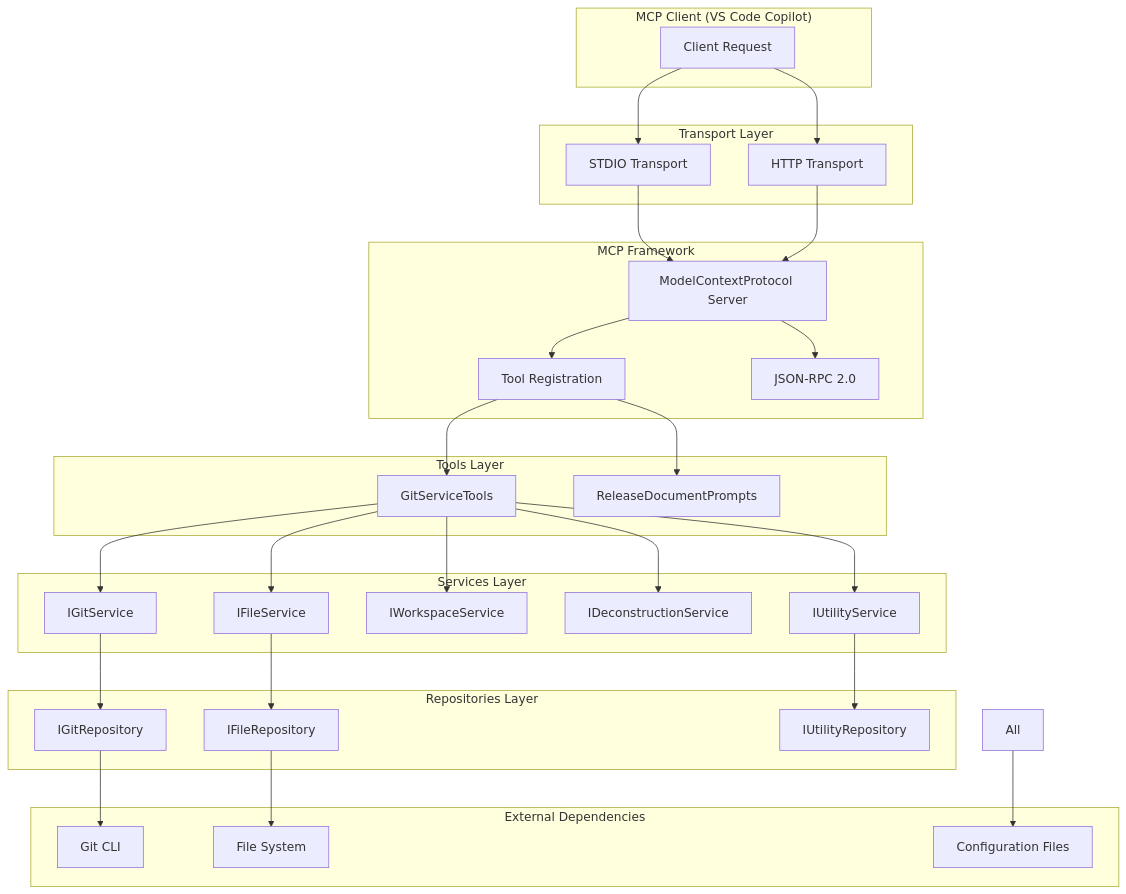
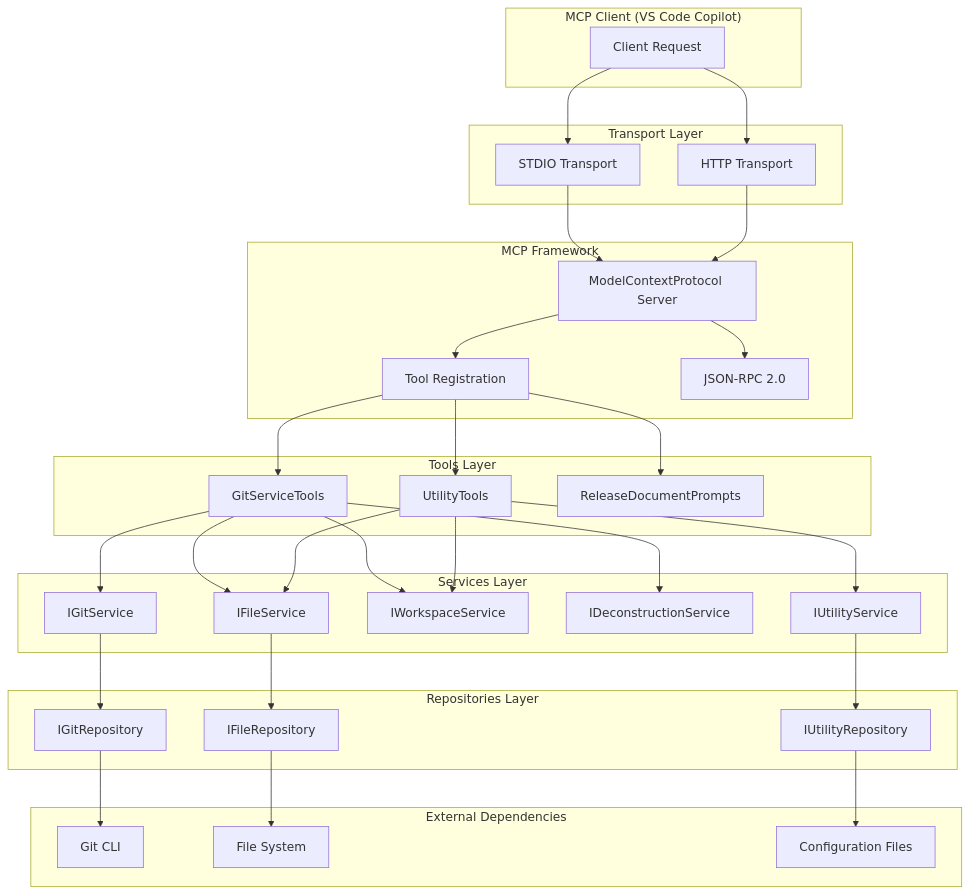
One commit to MCPRUNNER/GitVisionMCP changed the first of 3 diagrams in Documentation/ARCHITECTURE.md. Above: the diagram before and after it, drawn with Mermaid. The commit also changed other lines of this file and 21 other files, not shown here.

````diff
--- a/Documentation/ARCHITECTURE.md
+++ b/Documentation/ARCHITECTURE.md
@@ -13,62 +20,66 @@
 ```mermaid
 graph TB
     subgraph "MCP Client (VS Code Copilot)"
         A[Client Request]
     end
 
     subgraph "Transport Layer"
         B[STDIO Transport]
         C[HTTP Transport]
     end
 
     subgraph "MCP Framework"
         D[ModelContextProtocol Server]
         E[Tool Registration]
         F[JSON-RPC 2.0]
     end
 
     subgraph "Tools Layer"
         G[GitServiceTools]
-        H[ReleaseDocumentPrompts]
+        H[UtilityTools]
+        I[ReleaseDocumentPrompts]
     end
 
     subgraph "Services Layer"
-        I[IGitService]
-        J[IFileService]
-        K[IWorkspaceService]
-        L[IDeconstructionService]
-        M[IUtilityService]
+        J[IGitService]
+        K[IFileService]
+        L[IWorkspaceService]
+        M[IDeconstructionService]
+        N[IUtilityService]
     end
 
     subgraph "Repositories Layer"
-        N[IGitRepository]
-        O[IFileRepository]
-        P[IUtilityRepository]
+        O[IGitRepository]
+        P[IFileRepository]
+        Q[IUtilityRepository]
     end
 
     subgraph "External Dependencies"
-        Q[Git CLI]
-        R[File System]
-        S[Configuration Files]
+        R[Git CLI]
+        S[File System]
+        T[Configuration Files]
     end
 
     A --> B
     A --> C
     B --> D
     C --> D
     D --> E
     D --> F
     E --> G
     E --> H
-    G --> I
+    E --> I
     G --> J
     G --> K
     G --> L
     G --> M
-    I --> N
+    H --> N
+    H --> K
+    H --> L
     J --> O
-    M --> P
+    K --> P
     N --> Q
     O --> R
-    All --> S
+    P --> S
+    Q --> T
 ```
````
